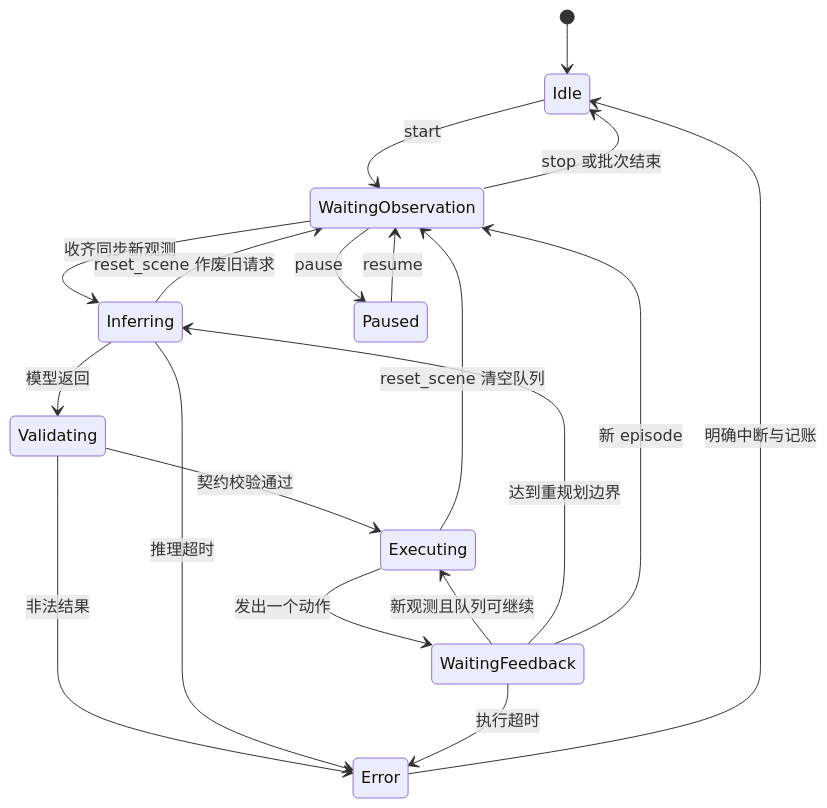
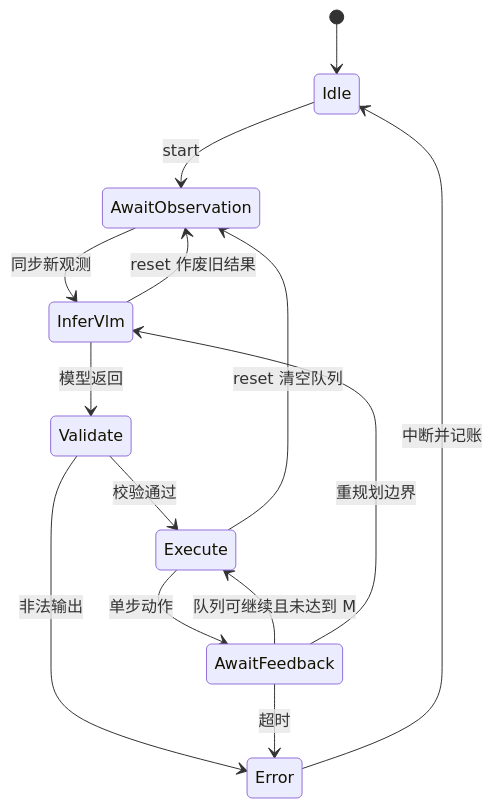
The second of 4 diagrams in docs/DESIGN_zh.md (PhyAgentOS/operator-vlm-action-policy), drawn with Mermaid before and after one commit. The commit also changed other lines of this file and 9 other files, not shown here.

````diff
--- a/docs/DESIGN_zh.md
+++ b/docs/DESIGN_zh.md
@@ -97,21 +111,16 @@
 ```mermaid
 stateDiagram-v2
     [*] --> Idle
-    Idle --> WaitingObservation: start
-    WaitingObservation --> Inferring: 收齐同步新观测
-    Inferring --> Validating: 模型返回
-    Validating --> Executing: 契约校验通过
-    Executing --> WaitingFeedback: 发出一个动作
-    WaitingFeedback --> Executing: 新观测且队列可继续
-    WaitingFeedback --> Inferring: 达到重规划边界
-    Inferring --> WaitingObservation: reset_scene 作废旧请求
-    Executing --> WaitingObservation: reset_scene 清空队列
-    WaitingFeedback --> WaitingObservation: 新 episode
-    WaitingObservation --> Paused: pause
-    Paused --> WaitingObservation: resume
-    Validating --> Error: 非法结果
-    Inferring --> Error: 推理超时
-    WaitingFeedback --> Error: 执行超时
-    Error --> Idle: 明确中断与记账
-    WaitingObservation --> Idle: stop 或批次结束
+    Idle --> AwaitObservation: start
+    AwaitObservation --> InferVlm: 同步新观测
+    InferVlm --> Validate: 模型返回
+    Validate --> Execute: 校验通过
+    Execute --> AwaitFeedback: 单步动作
+    AwaitFeedback --> Execute: 队列可继续且未达到 M
+    AwaitFeedback --> InferVlm: 重规划边界
+    InferVlm --> AwaitObservation: reset 作废旧结果
+    Execute --> AwaitObservation: reset 清空队列
+    Validate --> Error: 非法输出
+    AwaitFeedback --> Error: 超时
+    Error --> Idle: 中断并记账
 ```
````
